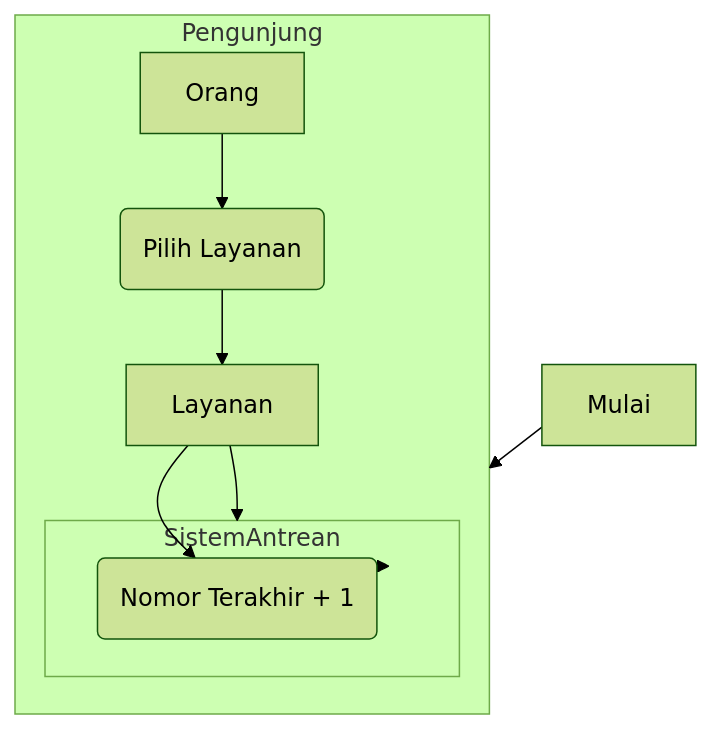
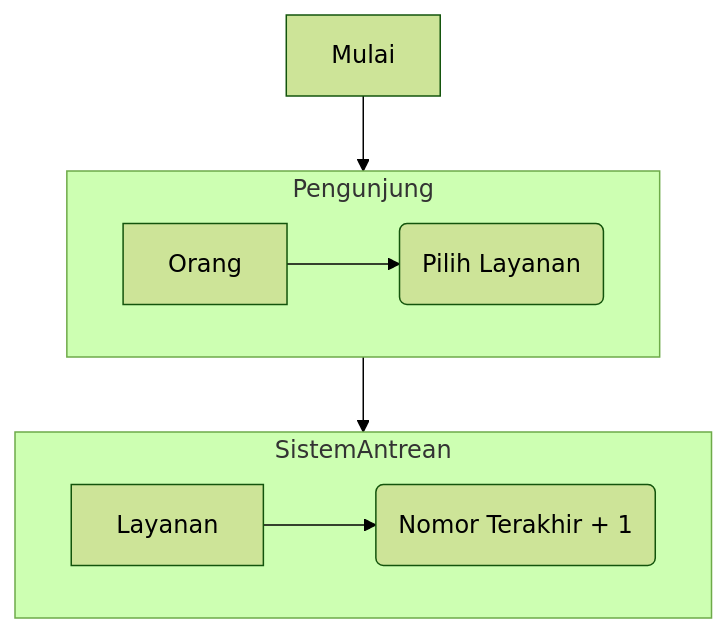
Before and after one commit to rezekikode/diagram: the diagram in flowchart_antrean.mmd, drawn with Mermaid (forest theme).

```diff
--- a/flowchart_antrean.mmd
+++ b/flowchart_antrean.mmd
@@ -1,9 +1,9 @@
 flowchart TB
   Mulai-->Pengunjung
   Pengunjung-->SistemAntrean
   subgraph Pengunjung
-    Orang-->p1("`Pilih Layanan`")-->Layanan-->SistemAntrean
+    Orang-->p1("`Pilih Layanan`")
   end  
   subgraph SistemAntrean
     Layanan-->s1("`Nomor Terakhir + 1`")
   end
```
